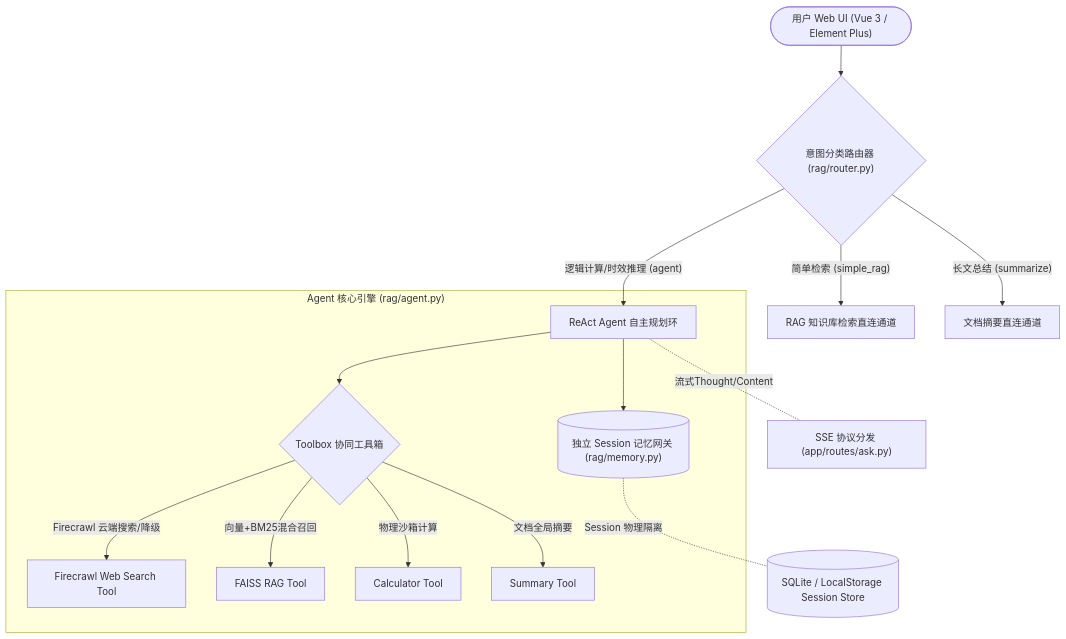
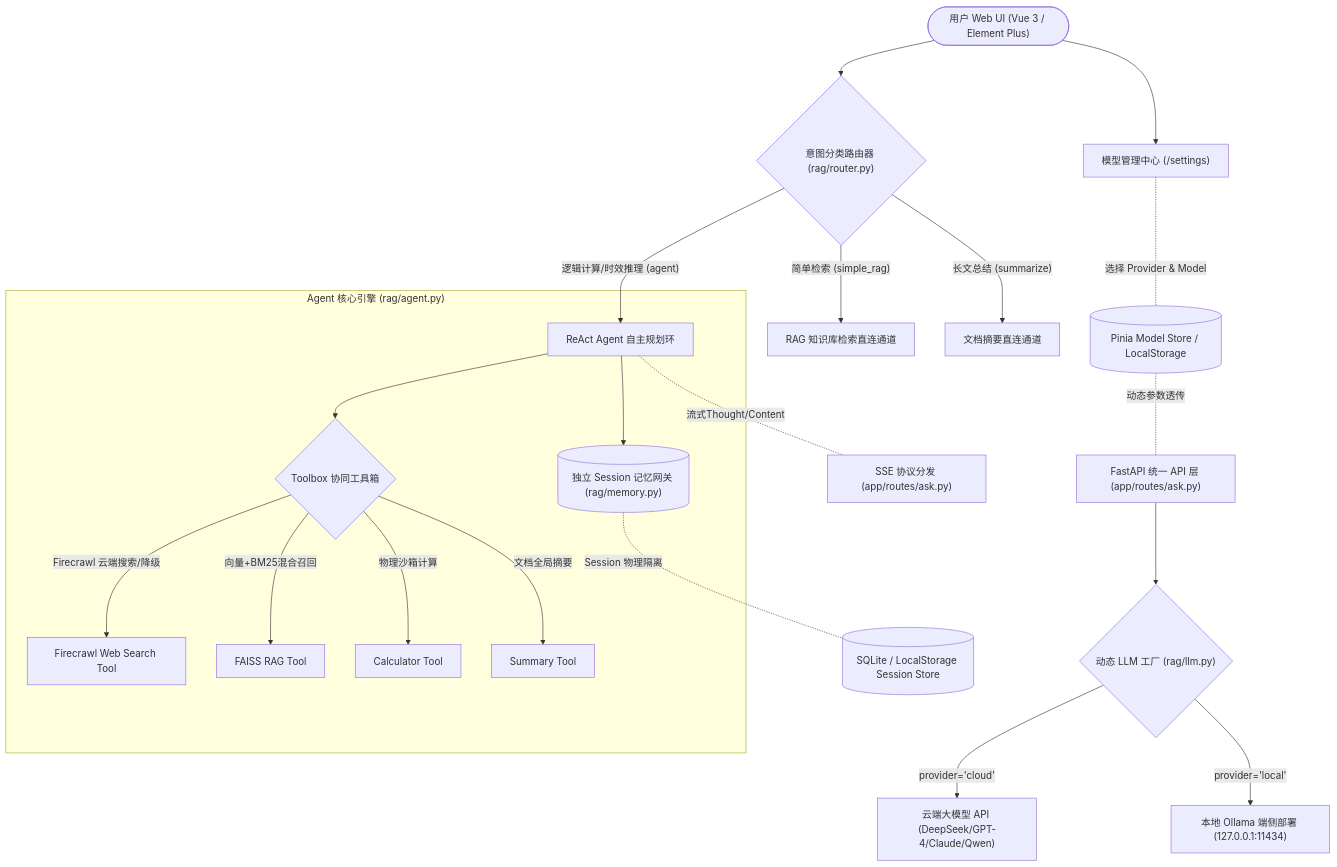
Before and after one commit to XuBeiYou408/adaptive-agent: the diagram in README.md, drawn with Mermaid. The commit also changed other lines of this file and 14 other files, not shown here.

Commit message:
feat: upgrade to v3.0 with hybrid cloud-edge model management, dynamic LLM factory, and performance optimizations

````diff
--- a/README.md
+++ b/README.md
@@ -11,19 +11,28 @@
 ```mermaid
 graph TD
-    User(["用户 Web UI (Vue 3 / Element Plus)"]) --> Router{"意图分类路由器 (rag/router.py)"}
+    User(["用户 Web UI (Vue 3 / Element Plus)"]) --> Settings["模型管理中心 (/settings)"]
+    User --> Router{"意图分类路由器 (rag/router.py)"}
+    
+    Settings -. "选择 Provider & Model" .- Store[("Pinia Model Store / LocalStorage")]
+    Store -. "动态参数透传" .- API["FastAPI 统一 API 层 (app/routes/ask.py)"]
+    
+    API --> Factory{"动态 LLM 工厂 (rag/llm.py)"}
+    Factory -- "provider='cloud'" --> CloudAPI["云端大模型 API (DeepSeek/GPT-4/Claude/Qwen)"]
+    Factory -- "provider='local'" --> LocalOllama["本地 Ollama 端侧部署 (127.0.0.1:11434)"]
+    
     Router -- "简单检索 (simple_rag)" --> RAG["RAG 知识库检索直连通道"]
     Router -- "长文总结 (summarize)" --> Summarize["文档摘要直连通道"]
     Router -- "逻辑计算/时效推理 (agent)" --> Agent["ReAct Agent 自主规划环"]
     
     subgraph agent_engine ["Agent 核心引擎 (rag/agent.py)"]
         Agent --> Memory[("独立 Session 记忆网关 (rag/memory.py)")]
         Agent --> Tools{"Toolbox 协同工具箱"}
         Tools -- "Firecrawl 云端搜索/降级" --> FC_Tool["Firecrawl Web Search Tool"]
         Tools -- "向量+BM25混合召回" --> RAG_Tool["FAISS RAG Tool"]
         Tools -- "物理沙箱计算" --> Calc_Tool["Calculator Tool"]
         Tools -- "文档全局摘要" --> Sum_Tool["Summary Tool"]
     end
     
     Memory -. " Session 物理隔离 " .- Storage[("SQLite / LocalStorage Session Store")]
     Agent -. "流式Thought/Content" .- SSE["SSE 协议分发 (app/routes/ask.py)"]
 ```
````
